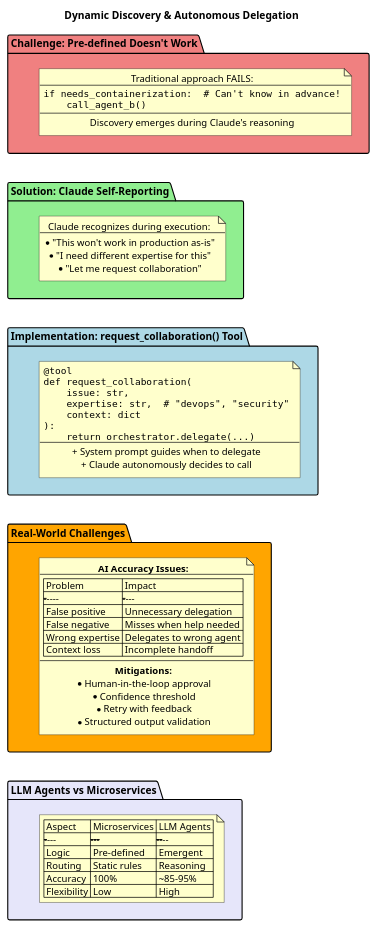
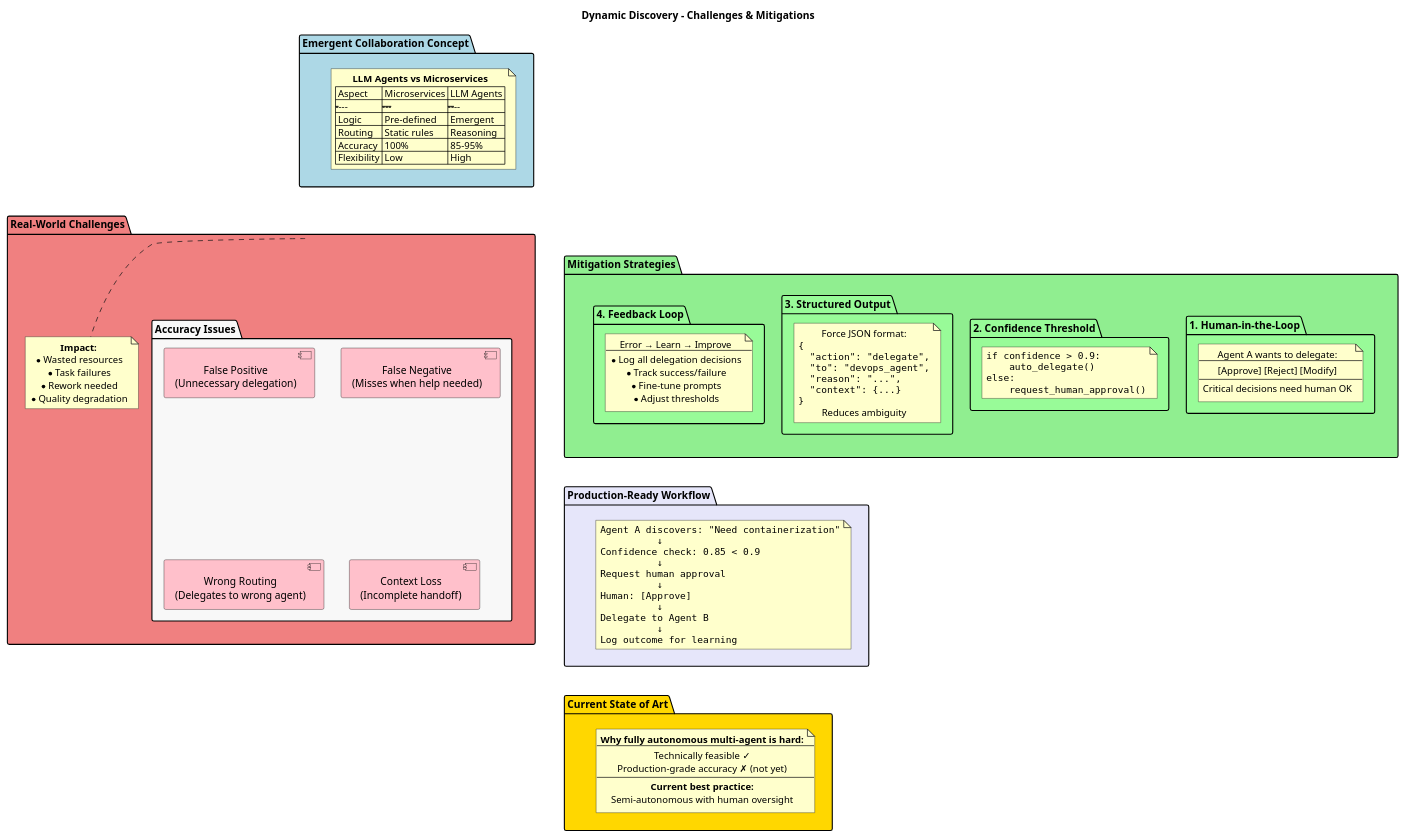
The diagram in docs/dynamic_discovery.puml (huangyingw/rayai-code-sandbox), drawn with PlantUML before and after one commit.

Commit message:
docs: add detailed challenges and mitigations to dynamic discovery diagram

```diff
--- a/docs/dynamic_discovery.puml
+++ b/docs/dynamic_discovery.puml
@@ -1,90 +1,130 @@
 @startuml dynamic_discovery
-title Dynamic Discovery & Autonomous Delegation
+title Dynamic Discovery - Challenges & Mitigations
 
 skinparam defaultTextAlignment center
 skinparam noteBackgroundColor #FFFFCC
 skinparam packageBackgroundColor #F8F8F8
 top to bottom direction
 
-' ==================== THE PROBLEM ====================
-package "Challenge: Pre-defined Doesn't Work" as challenge #LightCoral {
-    note as problemNote
-      Traditional approach FAILS:
-      ----
-      <code>
-      if needs_containerization:  # Can't know in advance!
-          call_agent_b()
-      </code>
-      ----
-      Discovery emerges during Claude's reasoning
-    end note
-}
-
-' ==================== THE SOLUTION ====================
-package "Solution: Claude Self-Reporting" as solution #LightGreen {
-    note as solutionNote
-      Claude recognizes during execution:
-      ----
-      * "This won't work in production as-is"
-      * "I need different expertise for this"
-      * "Let me request collaboration"
-    end note
-}
-
-' ==================== IMPLEMENTATION ====================
-package "Implementation: request_collaboration() Tool" as impl #LightBlue {
-    note as implNote
-      <code>
-      @tool
-      def request_collaboration(
-          issue: str,
-          expertise: str,  # "devops", "security"
-          context: dict
-      ):
-          return orchestrator.delegate(...)
-      </code>
-      ----
-      + System prompt guides when to delegate
-      + Claude autonomously decides to call
+' ==================== CORE CONCEPT ====================
+package "Emergent Collaboration Concept" as concept #LightBlue {
+    note as conceptNote
+      **LLM Agents vs Microservices**
+      | Aspect | Microservices | LLM Agents |
+      |--------|---------------|------------|
+      | Logic | Pre-defined | Emergent |
+      | Routing | Static rules | Reasoning |
+      | Accuracy | 100% | 85-95% |
+      | Flexibility | Low | High |
     end note
 }
 
 ' ==================== CHALLENGES ====================
-package "Real-World Challenges" as challenges #Orange {
-    note as challengeNote
-      **AI Accuracy Issues:**
-      ----
-      | Problem | Impact |
-      |---------|--------|
-      | False positive | Unnecessary delegation |
-      | False negative | Misses when help needed |
-      | Wrong expertise | Delegates to wrong agent |
-      | Context loss | Incomplete handoff |
-      ----
-      **Mitigations:**
-      * Human-in-the-loop approval
-      * Confidence threshold
-      * Retry with feedback
-      * Structured output validation
+package "Real-World Challenges" as challenges #LightCoral {
+    
+    package "Accuracy Issues" as accuracy {
+        component "False Positive\n(Unnecessary delegation)" as fp #Pink
+        component "False Negative\n(Misses when help needed)" as fn #Pink
+        component "Wrong Routing\n(Delegates to wrong agent)" as wr #Pink
+        component "Context Loss\n(Incomplete handoff)" as cl #Pink
+    }
+    
+    note bottom of challenges
+      **Impact:**
+      * Wasted resources
+      * Task failures
+      * Rework needed
+      * Quality degradation
     end note
 }
 
-' ==================== KEY INSIGHT ====================
-package "LLM Agents vs Microservices" as insight #Lavender {
-    note as insightNote
-      | Aspect | Microservices | LLM Agents |
-      |--------|---------------|------------|
-      | Logic | Pre-defined | Emergent |
-      | Routing | Static rules | Reasoning |
-      | Accuracy | 100% | ~85-95% |
-      | Flexibility | Low | High |
+' ==================== MITIGATIONS ====================
+package "Mitigation Strategies" as mitigations #LightGreen {
+    
+    package "1. Human-in-the-Loop" as hitl #PaleGreen {
+        note as hitlNote
+          Agent A wants to delegate:
+          ----
+          [Approve] [Reject] [Modify]
+          ----
+          Critical decisions need human OK
+        end note
+    }
+    
+    package "2. Confidence Threshold" as conf #PaleGreen {
+        note as confNote
+          <code>
+          if confidence > 0.9:
+              auto_delegate()
+          else:
+              request_human_approval()
+          </code>
+        end note
+    }
+    
+    package "3. Structured Output" as struct #PaleGreen {
+        note as structNote
+          Force JSON format:
+          <code>
+          {
+            "action": "delegate",
+            "to": "devops_agent",
+            "reason": "...",
+            "context": {...}
+          }
+          </code>
+          Reduces ambiguity
+        end note
+    }
+    
+    package "4. Feedback Loop" as feedback #PaleGreen {
+        note as feedbackNote
+          Error → Learn → Improve
+          ----
+          * Log all delegation decisions
+          * Track success/failure
+          * Fine-tune prompts
+          * Adjust thresholds
+        end note
+    }
+}
+
+' ==================== REALISTIC WORKFLOW ====================
+package "Production-Ready Workflow" as workflow #Lavender {
+    note as workflowNote
+      <code>
+      Agent A discovers: "Need containerization"
+                ↓
+      Confidence check: 0.85 < 0.9
+                ↓
+      Request human approval
+                ↓
+      Human: [Approve]
+                ↓
+      Delegate to Agent B
+                ↓
+      Log outcome for learning
+      </code>
+    end note
+}
+
+' ==================== BOTTOM LINE ====================
+package "Current State of Art" as sota #Gold {
+    note as sotaNote
+      **Why fully autonomous multi-agent is hard:**
+      ----
+      Technically feasible ✓
+      Production-grade accuracy ✗ (not yet)
+      ----
+      **Current best practice:**
+      Semi-autonomous with human oversight
     end note
 }
 
 ' Force vertical layout
-challenge -[hidden]down-> solution
-solution -[hidden]down-> impl
-impl -[hidden]down-> challenges
-challenges -[hidden]down-> insight
+concept -[hidden]down-> challenges
+challenges -[hidden]down-> mitigations
+mitigations -[hidden]down-> workflow
+workflow -[hidden]down-> sota
 
 @enduml
```
